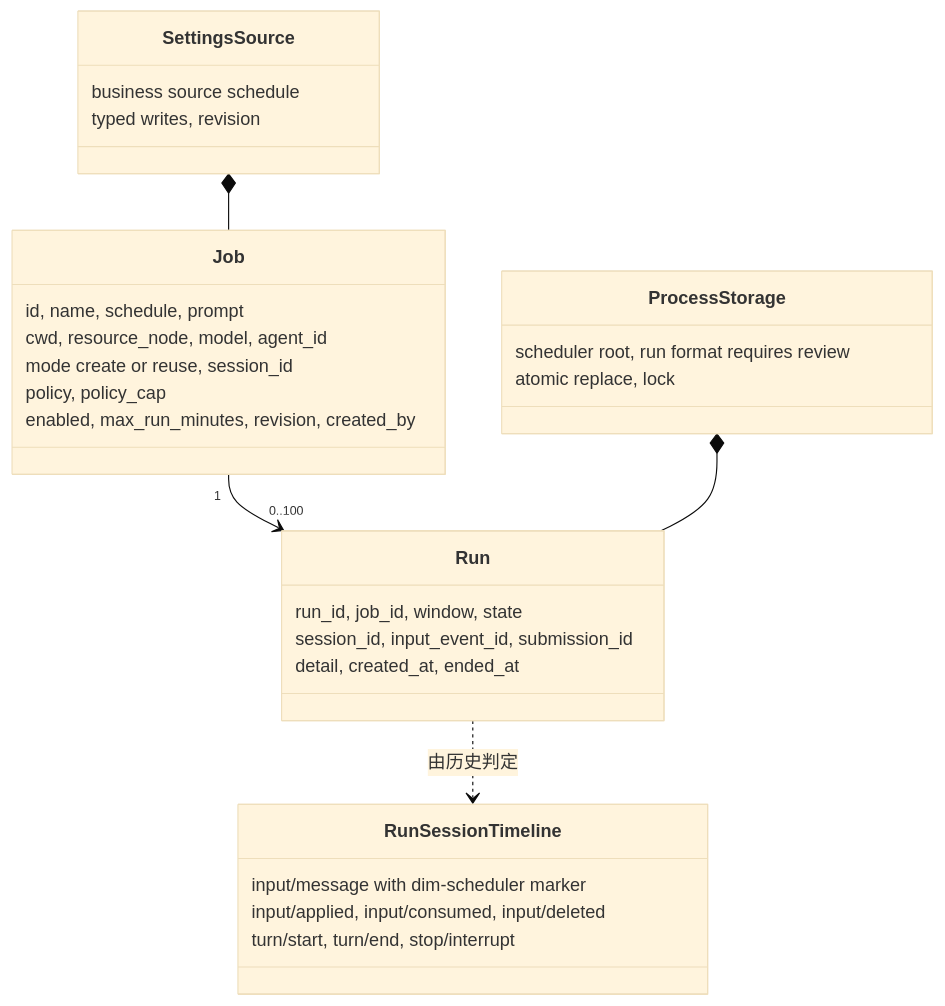
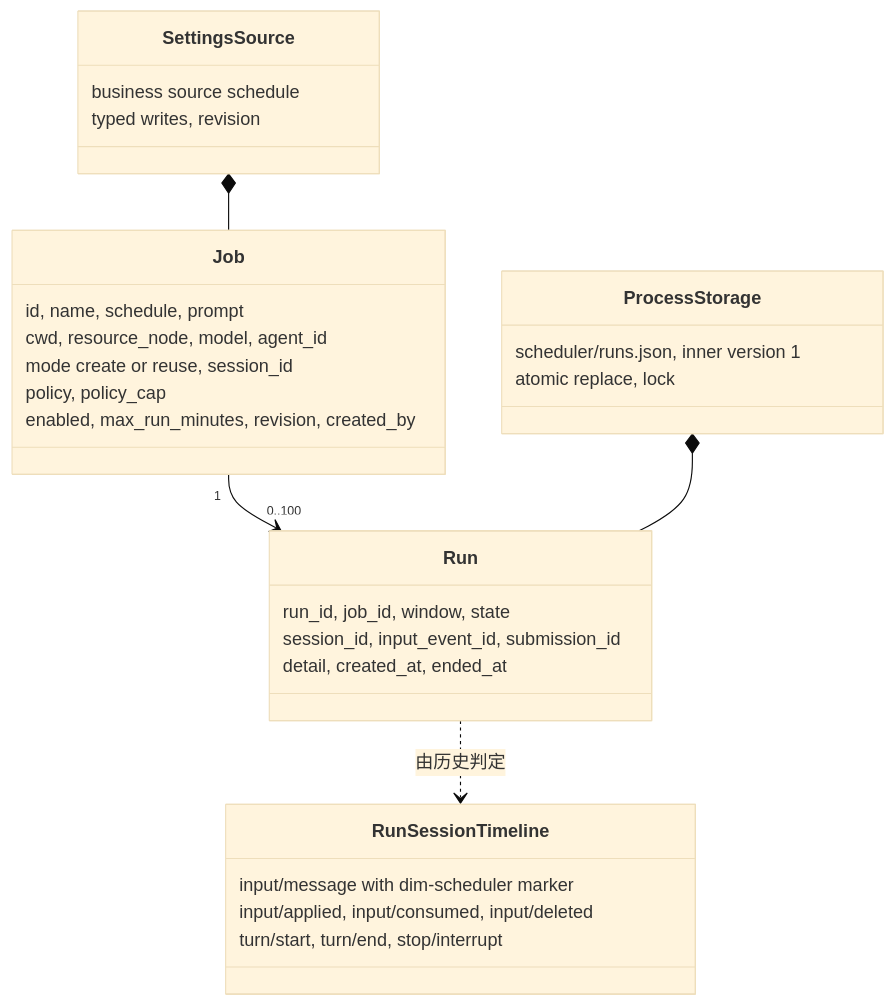
One commit to CoutinhoTTS/dim-agent changed the second of 6 diagrams in docs/zh/design/plugins/Scheduler.md. Above: the diagram before and after it, drawn with Mermaid (base theme). The commit also changed other lines of this file and 4 other files, not shown here.

````diff
--- a/docs/zh/design/plugins/Scheduler.md
+++ b/docs/zh/design/plugins/Scheduler.md
@@ -69,32 +69,32 @@
 ```mermaid
 classDiagram
   class Job {
     id, name, schedule, prompt
     cwd, resource_node, model, agent_id
     mode create or reuse, session_id
     policy, policy_cap
     enabled, max_run_minutes, revision, created_by
   }
   class Run {
     run_id, job_id, window, state
     session_id, input_event_id, submission_id
     detail, created_at, ended_at
   }
   class SettingsSource {
     business source schedule
     typed writes, revision
   }
   class ProcessStorage {
-    scheduler root, run format requires review
+    scheduler/runs.json, inner version 1
     atomic replace, lock
   }
   class RunSessionTimeline {
     input/message with dim-scheduler marker
     input/applied, input/consumed, input/deleted
     turn/start, turn/end, stop/interrupt
   }
   Job "1" --> "0..100" Run
   SettingsSource *-- Job
   ProcessStorage *-- Run
   Run ..> RunSessionTimeline : 由历史判定
 ```
````
